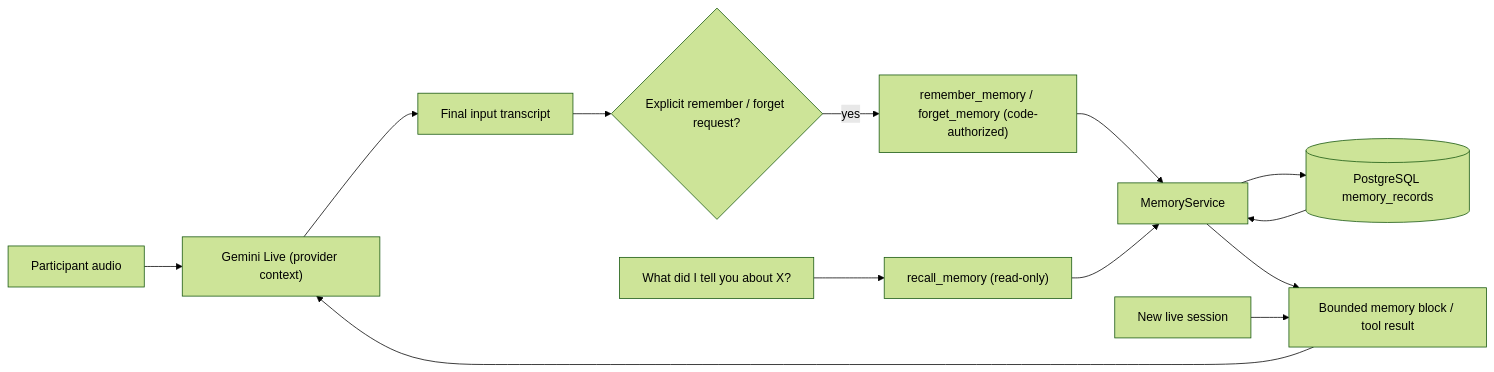
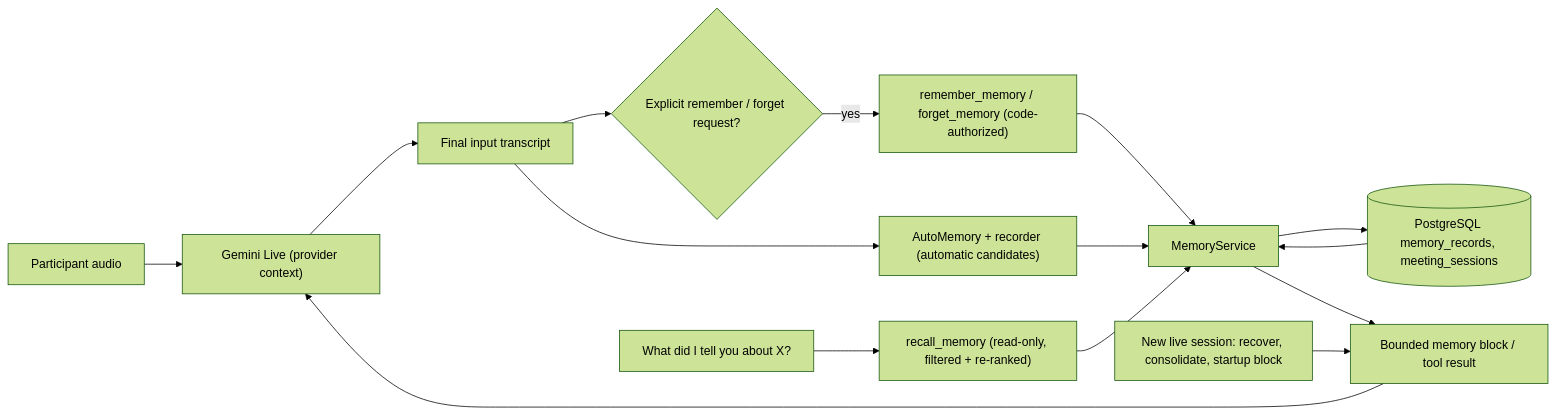
Before and after one commit to CalebPiusC/Tara: the first of 9 diagrams in docs/memory/MEMORY_AND_RAG.md, drawn with Mermaid (forest theme). The commit also changed other lines of this file and 48 other files, not shown here.

````diff
--- a/docs/memory/MEMORY_AND_RAG.md
+++ b/docs/memory/MEMORY_AND_RAG.md
@@ -30,15 +35,17 @@
 ```mermaid
 flowchart LR
   MIC["Participant audio"] --> LIVE["Gemini Live (provider context)"]
   LIVE --> TR["Final input transcript"]
   TR --> GATE{"Explicit remember / forget request?"}
   GATE -->|yes| TOOL["remember_memory / forget_memory (code-authorized)"]
   TOOL --> SVC["MemoryService"]
-  SVC --> PG[("PostgreSQL memory_records")]
-  Q["What did I tell you about X?"] --> REC["recall_memory (read-only)"]
+  TR --> AUTO["AutoMemory + recorder (automatic candidates)"]
+  AUTO --> SVC
+  SVC --> PG[("PostgreSQL memory_records, meeting_sessions")]
+  Q["What did I tell you about X?"] --> REC["recall_memory (read-only, filtered + re-ranked)"]
   REC --> SVC
   PG --> SVC
   SVC --> CTX["Bounded memory block / tool result"]
   CTX --> LIVE
-  START["New live session"] --> CTX
+  START["New live session: recover, consolidate, startup block"] --> CTX
 ```
````
